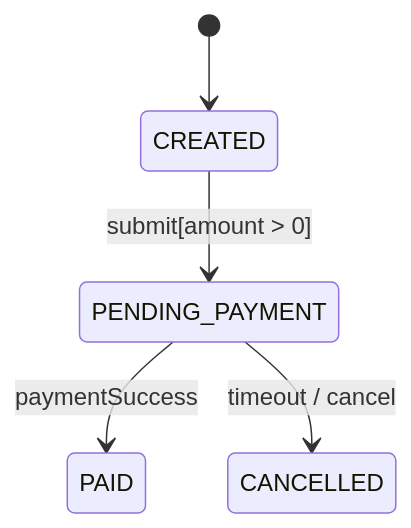
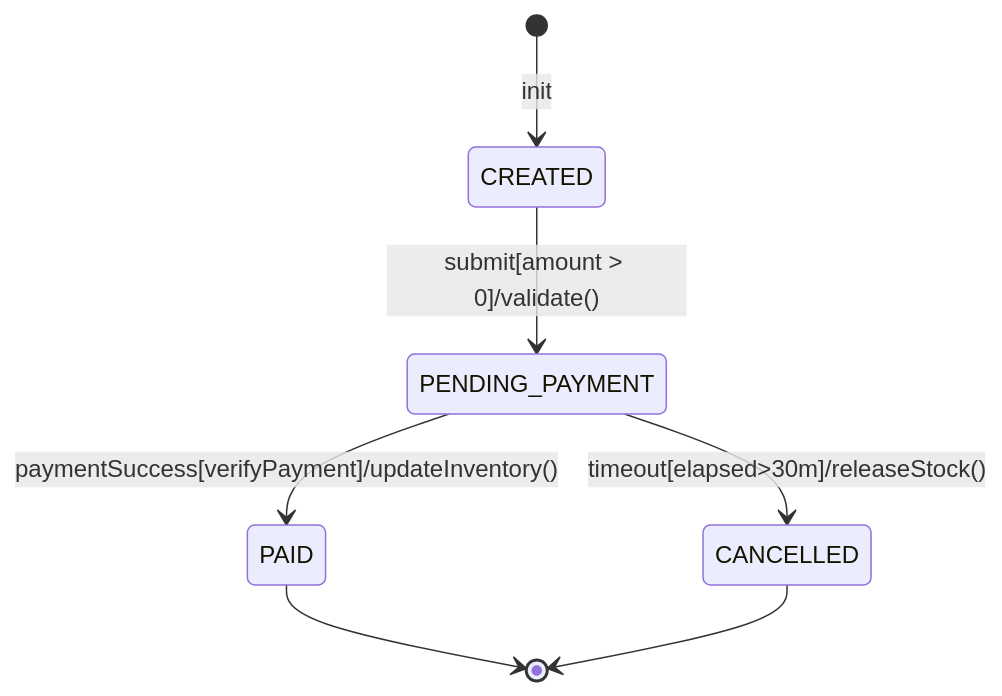
The fifth of 7 diagrams in java-deep-analysis/SKILL.md (82030615/devops-skills), drawn with Mermaid before and after one commit. The commit also changed other lines of this file and 2 other files, not shown here.

````diff
--- a/java-deep-analysis/SKILL.md
+++ b/java-deep-analysis/SKILL.md
@@ -179,7 +474,9 @@
 ```mermaid
 stateDiagram-v2
-    [*] --> CREATED
-    CREATED --> PENDING_PAYMENT : submit[amount > 0]
-    PENDING_PAYMENT --> PAID : paymentSuccess
-    PENDING_PAYMENT --> CANCELLED : timeout / cancel
+    [*] --> CREATED : init
+    CREATED --> PENDING_PAYMENT : submit[amount > 0]/validate()
+    PENDING_PAYMENT --> PAID : paymentSuccess[verifyPayment]/updateInventory()
+    PENDING_PAYMENT --> CANCELLED : timeout[elapsed>30m]/releaseStock()
+    PAID --> [*]
+    CANCELLED --> [*]
 ```
````
